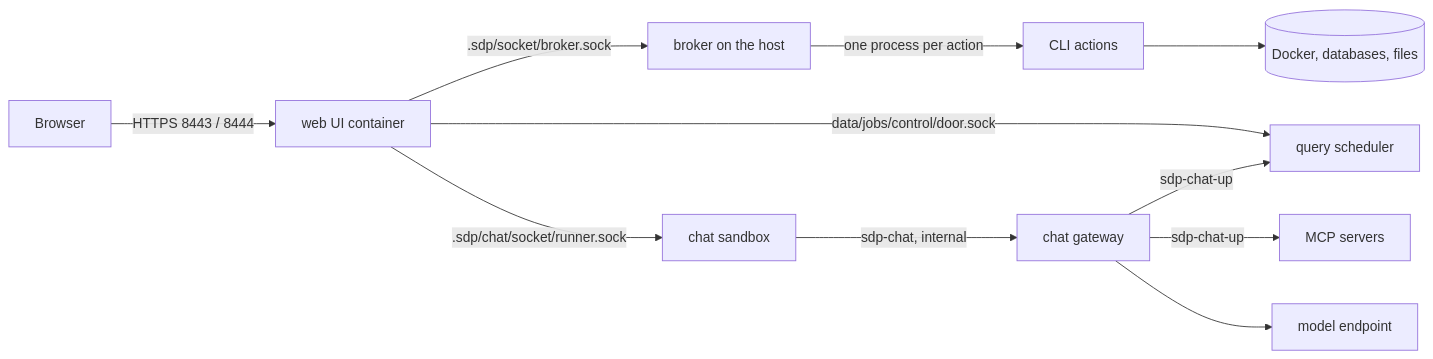
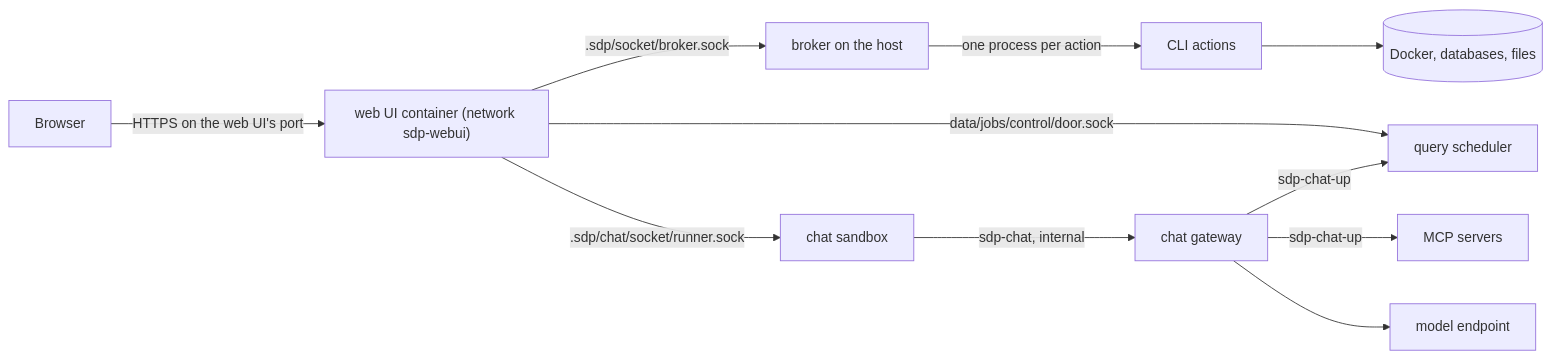
One commit to joaopn/social-data-pipeline changed the diagram in docs/architecture/control-plane.md. Above: the diagram before and after it, drawn with Mermaid. The commit also changed other lines of this file and 16 other files, not shown here.

First line of the commit message:
docs: finish the architecture pages and shorten the README

````diff
--- a/docs/architecture/control-plane.md
+++ b/docs/architecture/control-plane.md
@@ -12,13 +12,13 @@
 ```mermaid
 flowchart LR
-    B[Browser] -->|HTTPS 8443 / 8444| W[web UI container]
+    B[Browser] -->|"HTTPS on the web UI's port"| W["web UI container (network sdp-webui)"]
     W -->|".sdp/socket/broker.sock"| BR[broker on the host]
     BR -->|one process per action| CLI[CLI actions]
     CLI --> D[(Docker, databases, files)]
     W -->|"data/jobs/control/door.sock"| J[query scheduler]
     W -->|".sdp/chat/socket/runner.sock"| S[chat sandbox]
     S -->|sdp-chat, internal| G[chat gateway]
     G -->|sdp-chat-up| M[MCP servers]
     G -->|sdp-chat-up| J
     G --> API[model endpoint]
 ```
````
